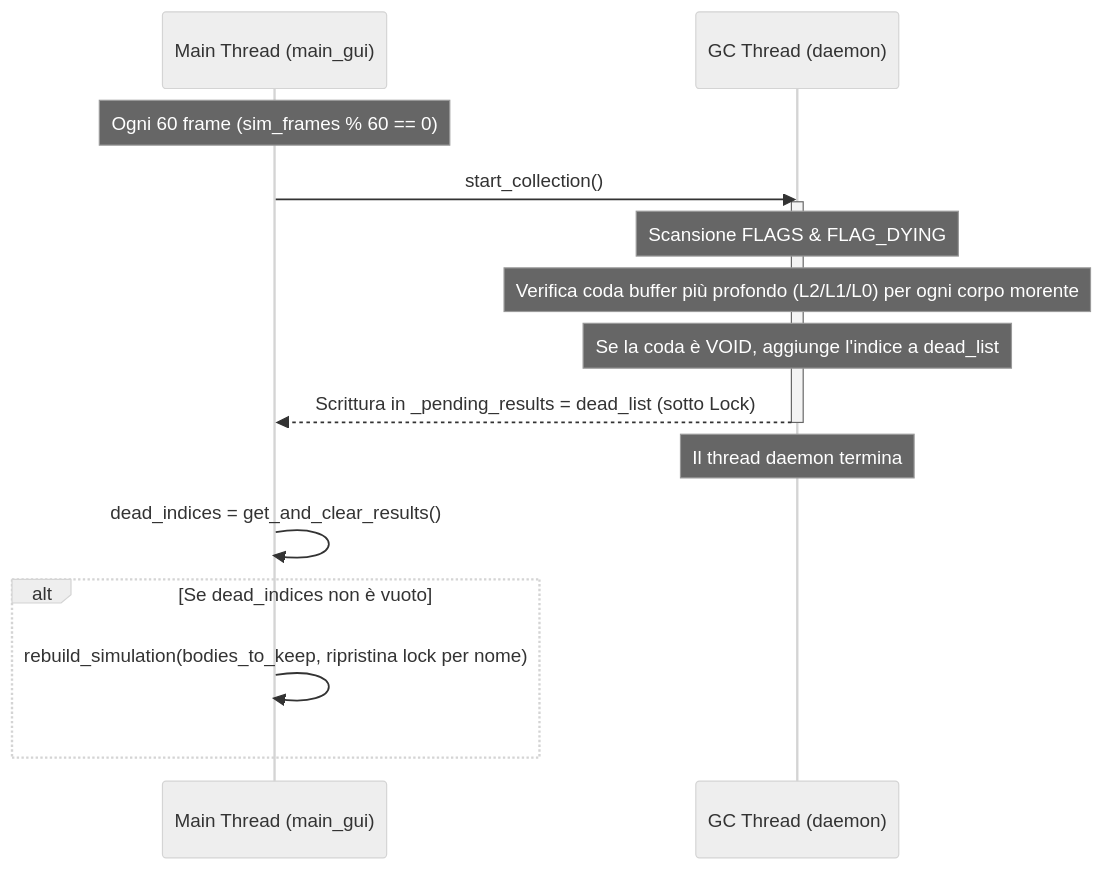
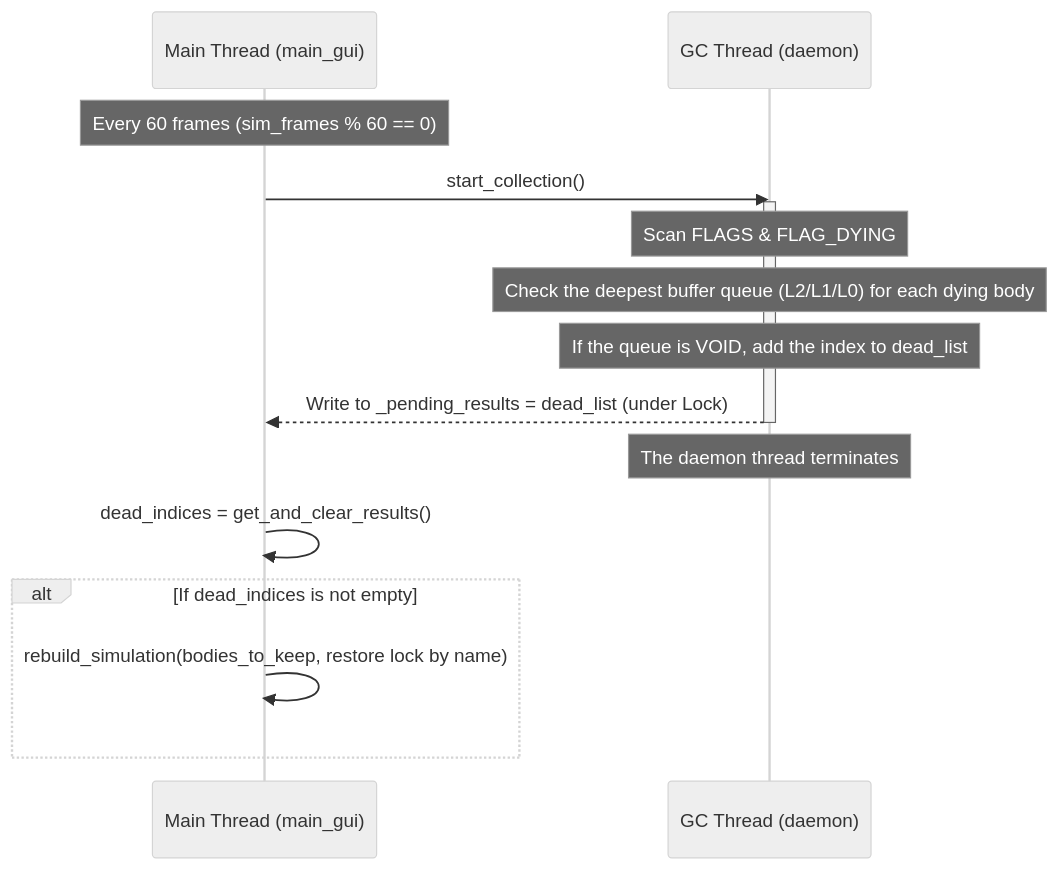
Before and after one commit to alessandro-pioli/AstroCausal_Engine: the ninth of 11 diagrams in ARCHITECTURE_DEEP_DIVE.md, drawn with Mermaid (neutral theme). The commit also changed other lines of this file and 5 other files, not shown here.

````diff
--- a/ARCHITECTURE_DEEP_DIVE.md
+++ b/ARCHITECTURE_DEEP_DIVE.md
@@ -673,20 +676,20 @@
 ```mermaid
 sequenceDiagram
     participant M as Main Thread (main_gui)
     participant G as GC Thread (daemon)
     
-    Note over M: Ogni 60 frame (sim_frames % 60 == 0)
+    Note over M: Every 60 frames (sim_frames % 60 == 0)
     M->>G: start_collection()
     activate G
-    Note over G: Scansione FLAGS & FLAG_DYING
-    Note over G: Verifica coda buffer più profondo (L2/L1/L0) per ogni corpo morente
-    Note over G: Se la coda è VOID, aggiunge l'indice a dead_list
-    G-->>M: Scrittura in _pending_results = dead_list (sotto Lock)
+    Note over G: Scan FLAGS & FLAG_DYING
+    Note over G: Check the deepest buffer queue (L2/L1/L0) for each dying body
+    Note over G: If the queue is VOID, add the index to dead_list
+    G-->>M: Write to _pending_results = dead_list (under Lock)
     deactivate G
-    Note over G: Il thread daemon termina
+    Note over G: The daemon thread terminates
     
     M->>M: dead_indices = get_and_clear_results()
-    alt Se dead_indices non è vuoto
-        M->>M: rebuild_simulation(bodies_to_keep, ripristina lock per nome)
+    alt If dead_indices is not empty
+        M->>M: rebuild_simulation(bodies_to_keep, restore lock by name)
     end
 ```
````
